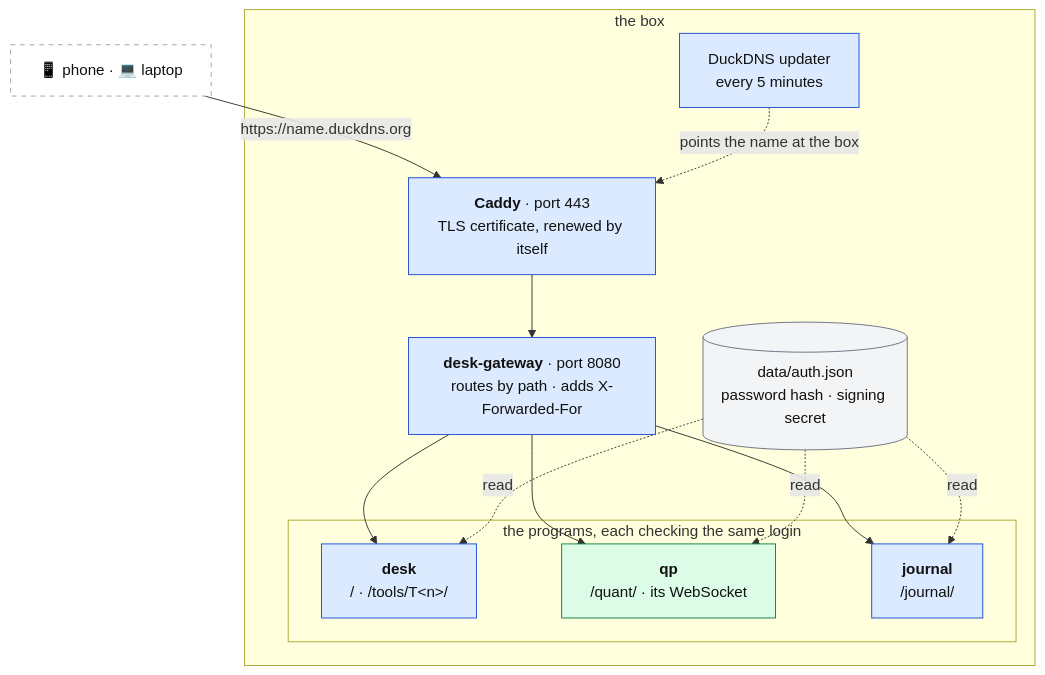
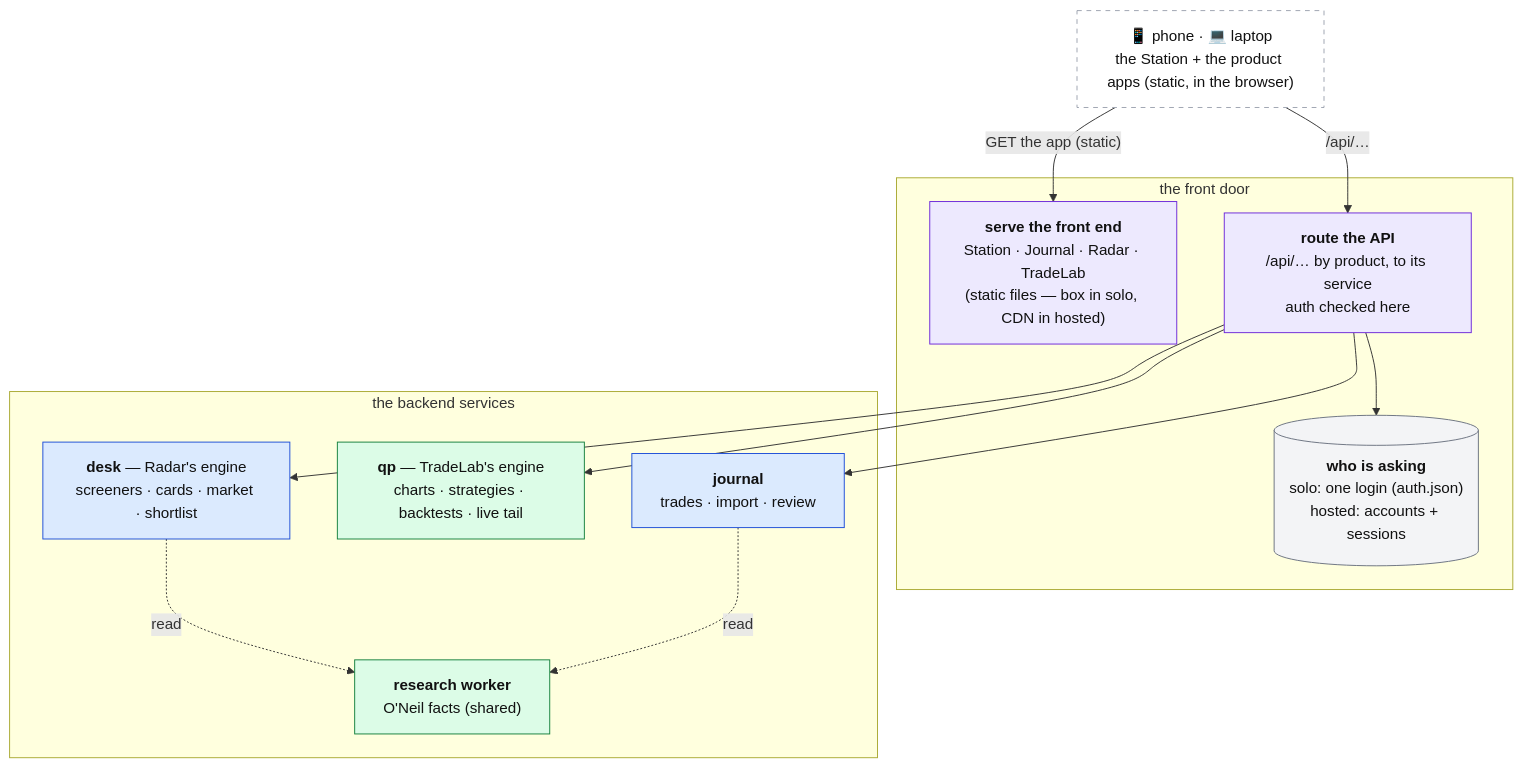
Before and after one commit to Mohamed-albadri-1995/Trade-Disk: the diagram in design/02-front-door/FRONT-DOOR.md, drawn with Mermaid. The commit also changed other lines of this file, not shown here.

````diff
--- a/design/02-front-door/FRONT-DOOR.md
+++ b/design/02-front-door/FRONT-DOOR.md
@@ -38,29 +57,30 @@
 ```mermaid
 flowchart TB
-  P["📱 phone · 💻 laptop"] -->|"https://name.duckdns.org"| CADDY
-  subgraph BOX["the box"]
-    CADDY["<b>Caddy</b> · port 443<br/>TLS certificate, renewed by itself"]
-    GW["<b>desk-gateway</b> · port 8080<br/>routes by path · adds X-Forwarded-For"]
-    subgraph PROGS["the programs, each checking the same login"]
-      DESK["<b>desk</b><br/>/ · /tools/T&lt;n&gt;/"]
-      QP["<b>qp</b><br/>/quant/ · its WebSocket"]
-      JR["<b>journal</b><br/>/journal/"]
-    end
-    AUTH[("data/auth.json<br/>password hash · signing secret")]
-    DNS["DuckDNS updater<br/>every 5 minutes"]
+  P["📱 phone · 💻 laptop<br/>the Station + the product apps (static, in the browser)"]
+  subgraph FD["the front door"]
+    SERVE["<b>serve the front end</b><br/>Station · Journal · Radar · TradeLab<br/>(static files — box in solo, CDN in hosted)"]
+    API["<b>route the API</b><br/>/api/… by product, to its service<br/>auth checked here"]
+    AUTH[("<b>who is asking</b><br/>solo: one login (auth.json)<br/>hosted: accounts + sessions")]
   end
-  CADDY --> GW
-  GW --> DESK
-  GW --> QP
-  GW --> JR
-  AUTH -.->|"read"| DESK & QP & JR
-  DNS -.->|"points the name at the box"| CADDY
-  classDef prog fill:#dbeafe,stroke:#1d4ed8,color:#111;
+  subgraph BE["the backend services"]
+    DESK["<b>desk</b> — Radar's engine<br/>screeners · cards · market · shortlist"]
+    QP["<b>qp</b> — TradeLab's engine<br/>charts · strategies · backtests · live tail"]
+    JR["<b>journal</b><br/>trades · import · review"]
+    RW["<b>research worker</b><br/>O'Neil facts (shared)"]
+  end
+  P -->|"GET the app (static)"| SERVE
+  P -->|"/api/…"| API
+  API --> AUTH
+  API --> DESK & QP & JR
+  DESK & JR -.->|"read"| RW
+  classDef fd fill:#ede9fe,stroke:#6d28d9,color:#111;
+  classDef be fill:#dbeafe,stroke:#1d4ed8,color:#111;
   classDef py fill:#dcfce7,stroke:#15803d,color:#111;
   classDef store fill:#f3f4f6,stroke:#6b7280,color:#111;
   classDef ext fill:#ffffff,stroke:#9ca3af,stroke-dasharray: 5 5,color:#111;
-  class CADDY,GW,DESK,JR,DNS prog;
-  class QP py;
+  class SERVE,API fd;
+  class DESK,JR be;
+  class QP,RW py;
   class AUTH store;
   class P ext;
 ```
````
